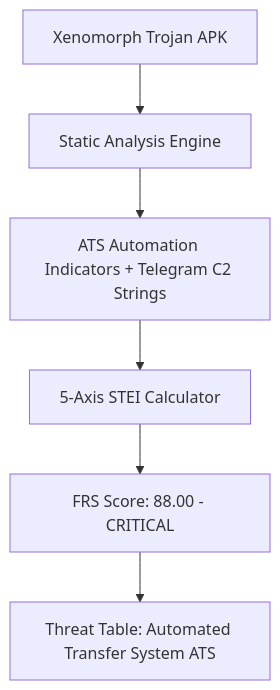
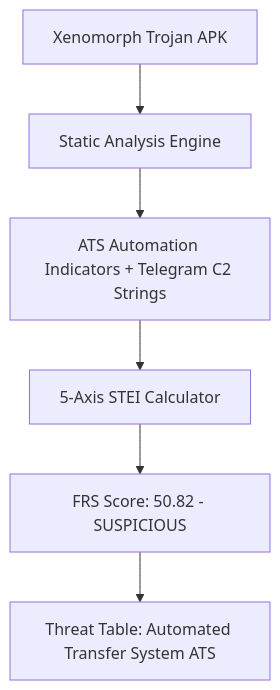
One commit to SanTiwari07/Sudarshan changed the third of 3 diagrams in docs/evaluation/CASE_STUDIES.md. Above: the diagram before and after it, drawn with Mermaid. The commit also changed other lines of this file and 20 other files, not shown here.

````diff
--- a/docs/evaluation/CASE_STUDIES.md
+++ b/docs/evaluation/CASE_STUDIES.md
@@ -121,8 +125,8 @@
 ```mermaid
 graph TD
     A[Xenomorph Trojan APK] --> B[Static Analysis Engine]
     B --> C[ATS Automation Indicators + Telegram C2 Strings]
     C --> D[5-Axis STEI Calculator]
-    D --> E[FRS Score: 88.00 - CRITICAL]
+    D --> E[FRS Score: 50.82 - SUSPICIOUS]
     E --> F[Threat Table: Automated Transfer System ATS]
 ```
````
